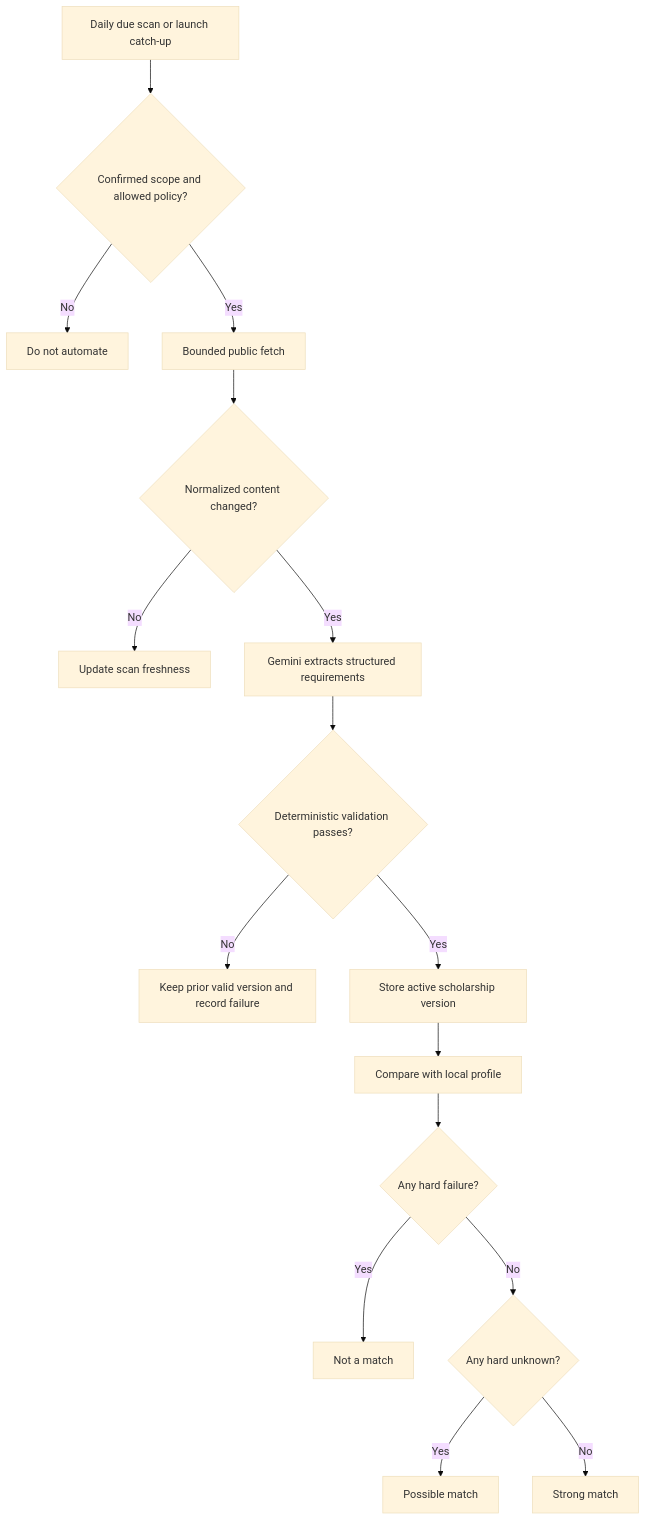
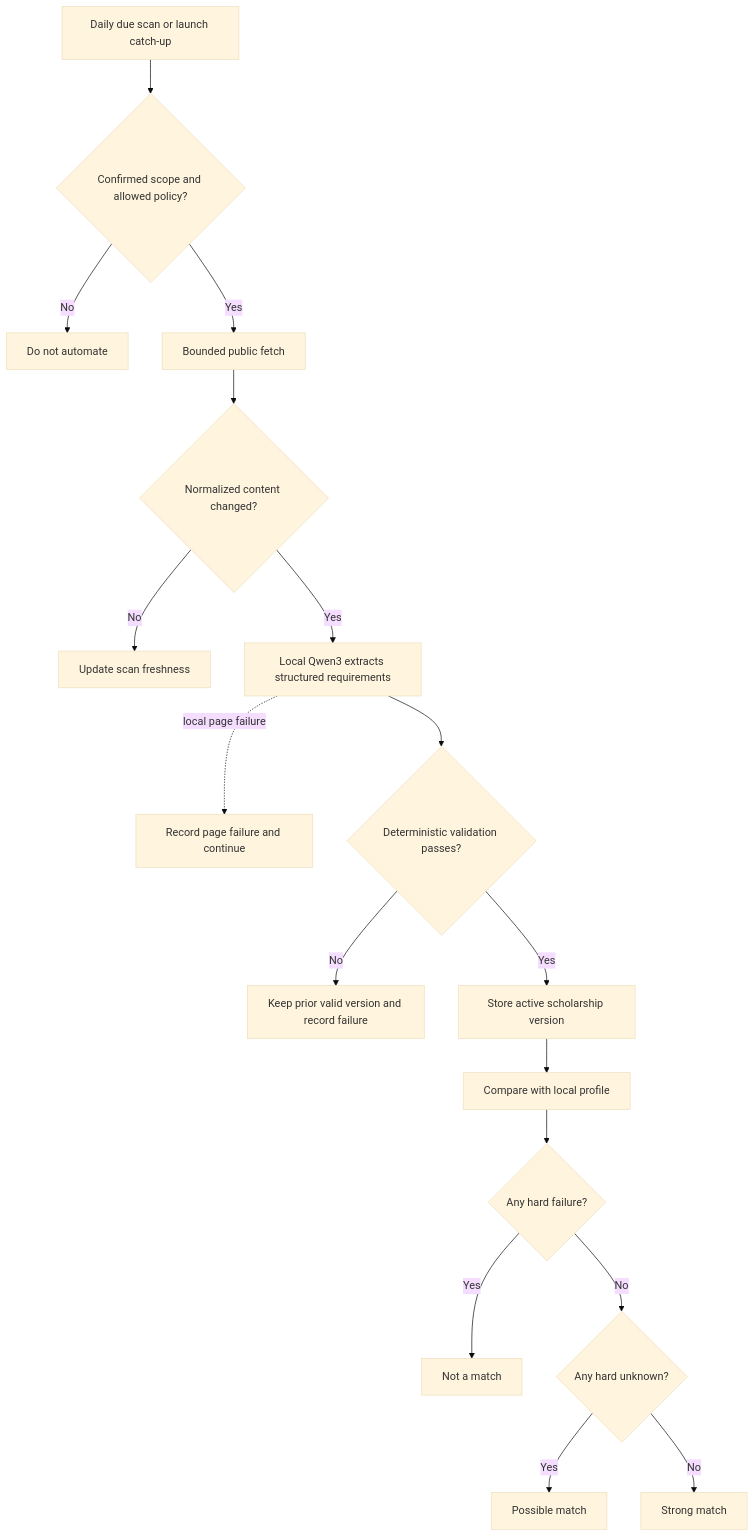
One commit to ajiang05/Pathaid changed the second of 5 diagrams in docs/ARCHITECTURE_DIAGRAM.md. Above: the diagram before and after it, drawn with Mermaid (base theme). The commit also changed other lines of this file and 31 other files, not shown here.

````diff
--- a/docs/ARCHITECTURE_DIAGRAM.md
+++ b/docs/ARCHITECTURE_DIAGRAM.md
@@ -37,18 +39,19 @@
 ```mermaid
 flowchart TD
     Due[Daily due scan or launch catch-up] --> Scope{Confirmed scope and allowed policy?}
     Scope -- No --> Stop[Do not automate]
     Scope -- Yes --> Fetch[Bounded public fetch]
     Fetch --> Changed{Normalized content changed?}
     Changed -- No --> Fresh[Update scan freshness]
-    Changed -- Yes --> Extract[Gemini extracts structured requirements]
+    Changed -- Yes --> Extract[Local Qwen3 extracts structured requirements]
+    Extract -. local page failure .-> Partial[Record page failure and continue]
     Extract --> Validate{Deterministic validation passes?}
     Validate -- No --> Invalid[Keep prior valid version and record failure]
     Validate -- Yes --> Version[Store active scholarship version]
     Version --> Match[Compare with local profile]
     Match --> Fail{Any hard failure?}
     Fail -- Yes --> NotMatch[Not a match]
     Fail -- No --> Unknown{Any hard unknown?}
     Unknown -- Yes --> Possible[Possible match]
     Unknown -- No --> Strong[Strong match]
 ```
````
